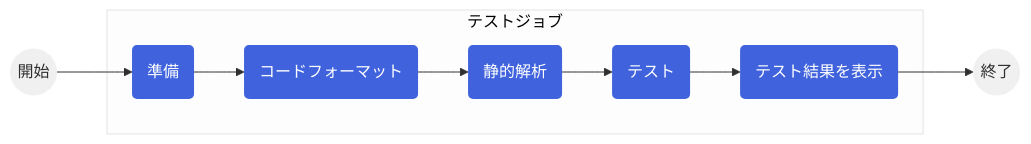
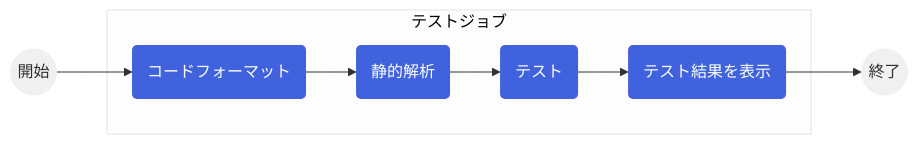
Before and after one commit to susatthi/slidev-flutter-ci: the second of 6 diagrams in slides.md, drawn with Mermaid. The commit also changed other lines of this file and 5 other files, not shown here.

````diff
--- a/slides.md
+++ b/slides.md
@@ -707,21 +766,20 @@
 ```mermaid
 %%{init:{'theme':'base','themeVariables':{'primaryColor':'#f0f0f0','primaryTextColor':'#2f2f2f', 'lineColor':'#2f2f2f','textColor':'#2f2f2f','fontSize':'16px','nodeBorder':'0px'}}}%%
 flowchart LR
-    Start((開始)) --> Prepare(準備)
+    Start((開始)) --> Format(コードフォーマット)
     subgraph テストジョブ
-    Prepare --> Format(コードフォーマット)
     Format --> Analyze(静的解析)
     Analyze --> Test(テスト)
     Test --> Report(テスト結果を表示)
     end
     Report --> End((終了))
 
     classDef anchor fill:#4063DD, color:#ffffff;
     classDef testJob fill:#4063DD, color:#ffffff;
     classDef buildJob fill:#d32f2f, color:#ffffff;
     classDef reportJob fill:#437C40, color:#ffffff;
     %% class Start,End anchor;
     class Prepare,Format,Analyze,Test,Report testJob;
     class BuildAndroid,BuildiOS buildJob;
     class NotifySlack reportJob;
 ```
````
